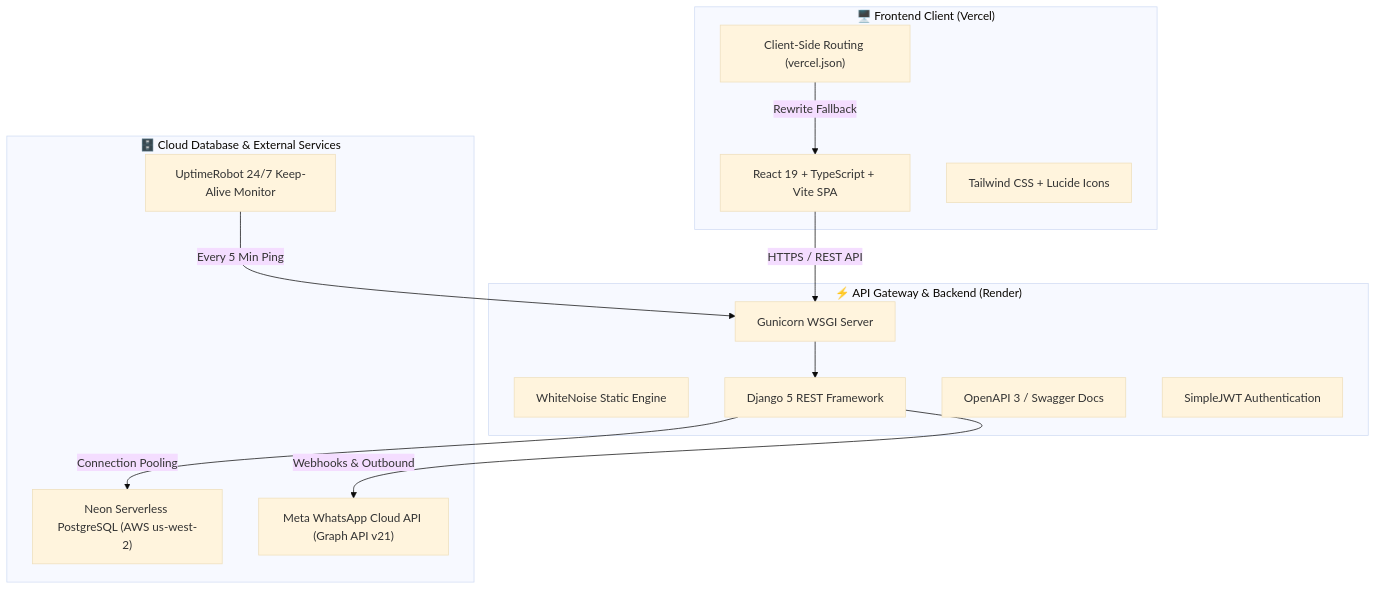
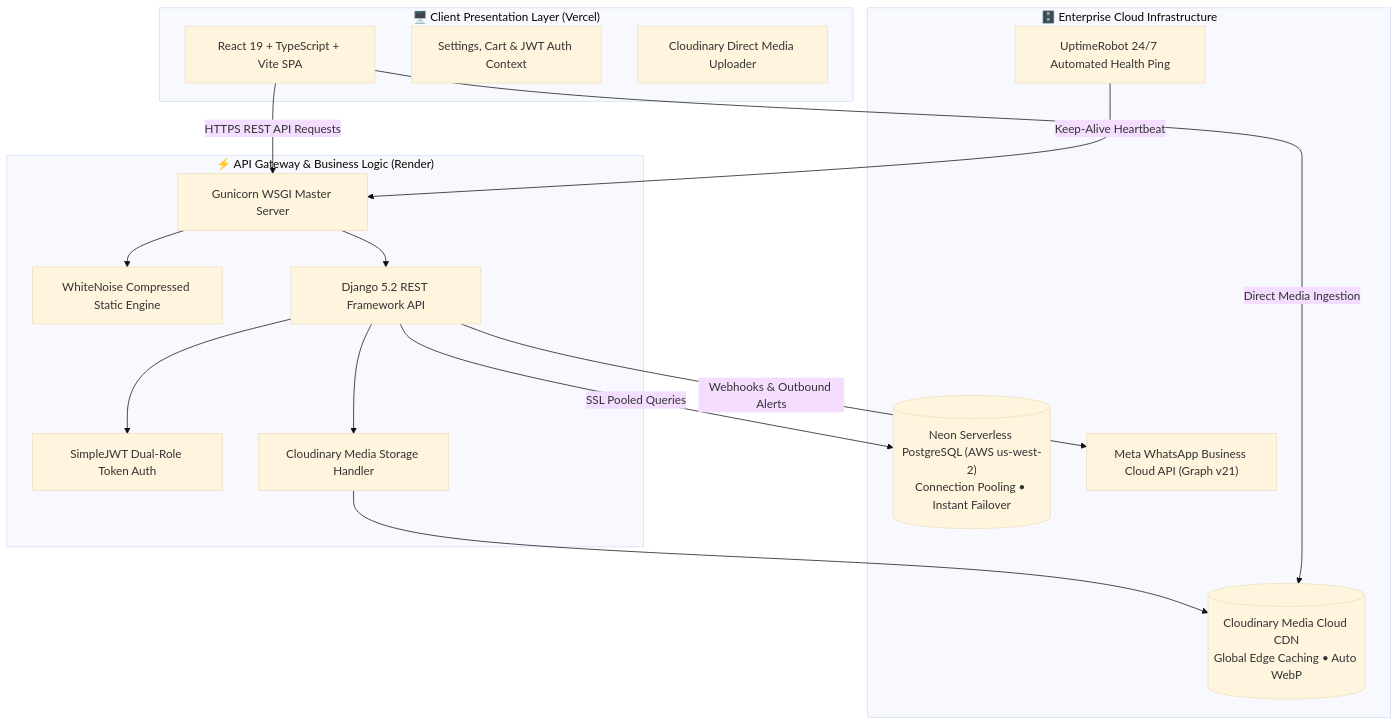
The diagram in README.md (ripro805/fresh-cake-by-prova), drawn with Mermaid (base theme) before and after one commit. The commit also changed other lines of this file and 4 other files, not shown here.

````diff
--- a/README.md
+++ b/README.md
@@ -63,29 +97,34 @@
 ```mermaid
 flowchart TD
-    subgraph ClientLayer["🖥️ Frontend Client (Vercel)"]
-        UI["React 19 + TypeScript + Vite SPA"]
-        Tailwind["Tailwind CSS + Lucide Icons"]
-        Router["Client-Side Routing (vercel.json)"]
+    subgraph ClientTier["🖥️ Client Presentation Layer (Vercel)"]
+        SPA["React 19 + TypeScript + Vite SPA"]
+        State["Settings, Cart & JWT Auth Context"]
+        CloudinaryClient["Cloudinary Direct Media Uploader"]
     end
 
-    subgraph APILayer["⚡ API Gateway & Backend (Render)"]
-        Gunicorn["Gunicorn WSGI Server"]
-        WhiteNoise["WhiteNoise Static Engine"]
-        DRF["Django 5 REST Framework"]
-        Spectacular["OpenAPI 3 / Swagger Docs"]
-        JWT["SimpleJWT Authentication"]
+    subgraph GatewayTier["⚡ API Gateway & Business Logic (Render)"]
+        Gunicorn["Gunicorn WSGI Master Server"]
+        WhiteNoise["WhiteNoise Compressed Static Engine"]
+        DRF["Django 5.2 REST Framework API"]
+        JWTAuth["SimpleJWT Dual-Role Token Auth"]
+        MediaHandler["Cloudinary Media Storage Handler"]
     end
 
-    subgraph DataLayer["🗄️ Cloud Database & External Services"]
-        Neon["Neon Serverless PostgreSQL (AWS us-west-2)"]
-        WhatsApp["Meta WhatsApp Cloud API (Graph API v21)"]
-        Uptime["UptimeRobot 24/7 Keep-Alive Monitor"]
+    subgraph PersistenceTier["🗄️ Enterprise Cloud Infrastructure"]
+        NeonDB[("Neon Serverless PostgreSQL (AWS us-west-2)\nConnection Pooling • Instant Failover")]
+        CloudinaryCDN[("Cloudinary Media Cloud CDN\nGlobal Edge Caching • Auto WebP")]
+        WhatsAppAPI["Meta WhatsApp Business Cloud API (Graph v21)"]
+        UptimeMonitor["UptimeRobot 24/7 Automated Health Ping"]
     end
 
-    UI -->|HTTPS / REST API| Gunicorn
-    Router -->|Rewrite Fallback| UI
+    SPA -->|HTTPS REST API Requests| Gunicorn
+    SPA -->|Direct Media Ingestion| CloudinaryCDN
+    Gunicorn --> WhiteNoise
     Gunicorn --> DRF
-    DRF -->|Connection Pooling| Neon
-    DRF -->|Webhooks & Outbound| WhatsApp
-    Uptime -->|Every 5 Min Ping| Gunicorn
+    DRF --> JWTAuth
+    DRF --> MediaHandler
+    MediaHandler --> CloudinaryCDN
+    DRF -->|SSL Pooled Queries| NeonDB
+    DRF -->|Webhooks & Outbound Alerts| WhatsAppAPI
+    UptimeMonitor -->|Keep-Alive Heartbeat| Gunicorn
 ```
````
